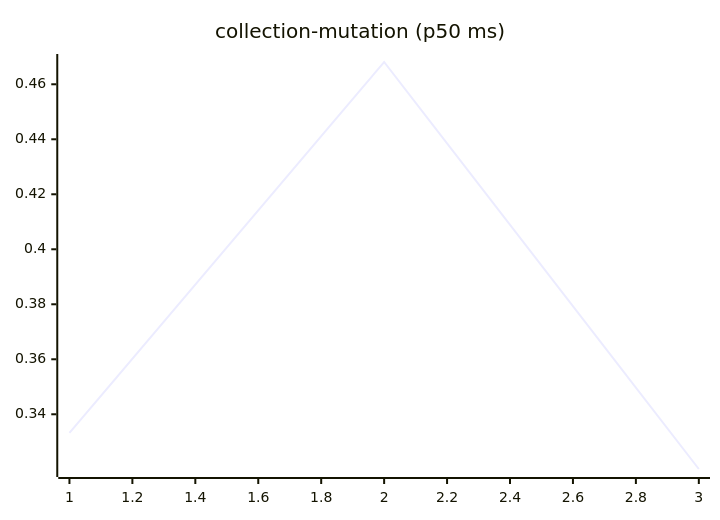
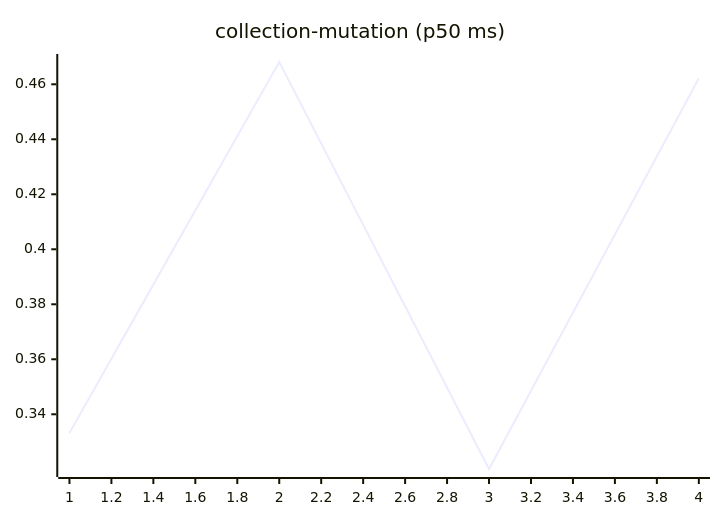
The sixth of 27 diagrams in README.md (josha/Facet), drawn with Mermaid before and after one commit. The commit also changed other lines of this file and 2 other files, not shown here.

````diff
--- a/README.md
+++ b/README.md
@@ -98,6 +98,6 @@
 ```mermaid
 xychart-beta
     title "collection-mutation (p50 ms)"
-    x-axis 1 --> 3
-    line [0.3332, 0.4681, 0.3201]
+    x-axis 1 --> 4
+    line [0.3332, 0.4681, 0.3201, 0.4622]
 ```
````
